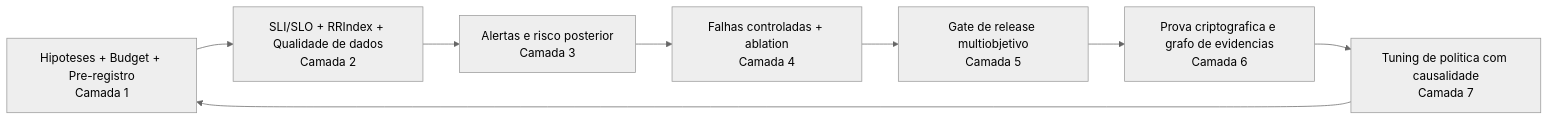
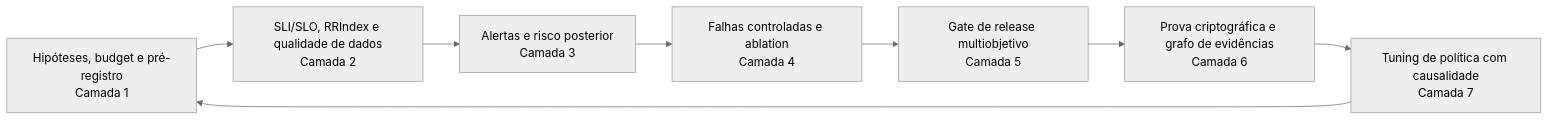
The third of 8 diagrams in OVERVIEW_FRAMEWORK_MECADE.md (richardsonlima/mecade), drawn with Mermaid (neutral theme) before and after one commit. The commit also changed other lines of this file and 15 other files, not shown here.

````diff
--- a/OVERVIEW_FRAMEWORK_MECADE.md
+++ b/OVERVIEW_FRAMEWORK_MECADE.md
@@ -49,12 +72,12 @@
 ```mermaid
 flowchart LR
-  A1[Hipoteses + Budget + Pre-registro<br/>Camada 1]
-  A2[SLI/SLO + RRIndex + Qualidade de dados<br/>Camada 2]
-  A3[Alertas e risco posterior<br/>Camada 3]
-  A4[Falhas controladas + ablation<br/>Camada 4]
-  A5[Gate de release multiobjetivo<br/>Camada 5]
-  A6[Prova criptografica e grafo de evidencias<br/>Camada 6]
-  A7[Tuning de politica com causalidade<br/>Camada 7]
+    A1["Hipóteses, budget e pré-registro\nCamada 1"]
+    A2["SLI/SLO, RRIndex e qualidade de dados\nCamada 2"]
+    A3["Alertas e risco posterior\nCamada 3"]
+    A4["Falhas controladas e ablation\nCamada 4"]
+    A5["Gate de release multiobjetivo\nCamada 5"]
+    A6["Prova criptográfica e grafo de evidências\nCamada 6"]
+    A7["Tuning de política com causalidade\nCamada 7"]
 
-  A1 --> A2 --> A3 --> A4 --> A5 --> A6 --> A7 --> A1
+    A1 --> A2 --> A3 --> A4 --> A5 --> A6 --> A7 --> A1
 ```
````
